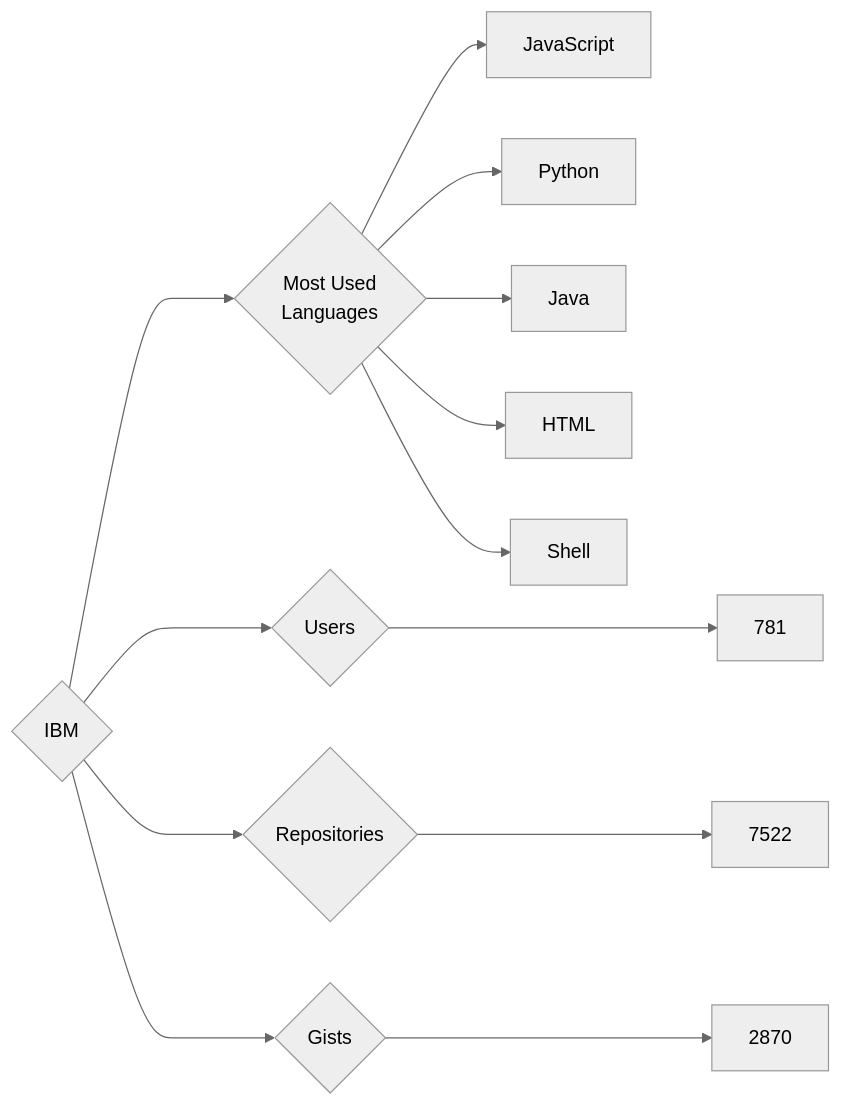
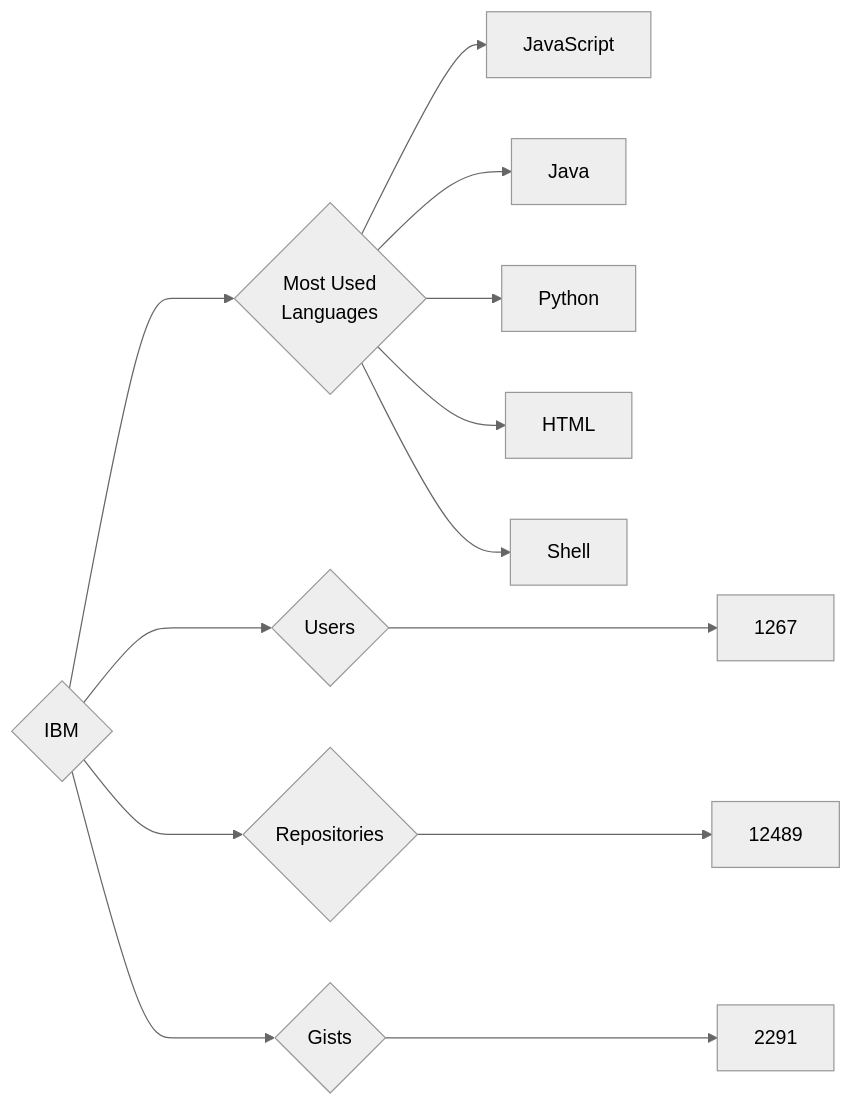
The diagram in targets/IBM/README.md (trickest/insiders), drawn with Mermaid (neutral theme) before and after one commit. The commit also changed 882 other files, not shown here.

````diff
--- a/targets/IBM/README.md
+++ b/targets/IBM/README.md
@@ -3,13 +3,13 @@
 ```mermaid
 graph LR
 COMPANY_NAME{IBM}
-COMPANY_NAME ---> U{Users} ---> UN[781]
-COMPANY_NAME ---> R{Repositories} ---> RN[7522]
-COMPANY_NAME ---> G{Gists} ---> GN[2870]
+COMPANY_NAME ---> U{Users} ---> UN[1267]
+COMPANY_NAME ---> R{Repositories} ---> RN[12489]
+COMPANY_NAME ---> G{Gists} ---> GN[2291]
 COMPANY_NAME ---> ML{Most Used<br>Languages}
 ML --> JavaScript[JavaScript]
+ML --> Java[Java]
 ML --> Python[Python]
-ML --> Java[Java]
 ML --> HTML[HTML]
 ML --> Shell[Shell]
 ```
````
